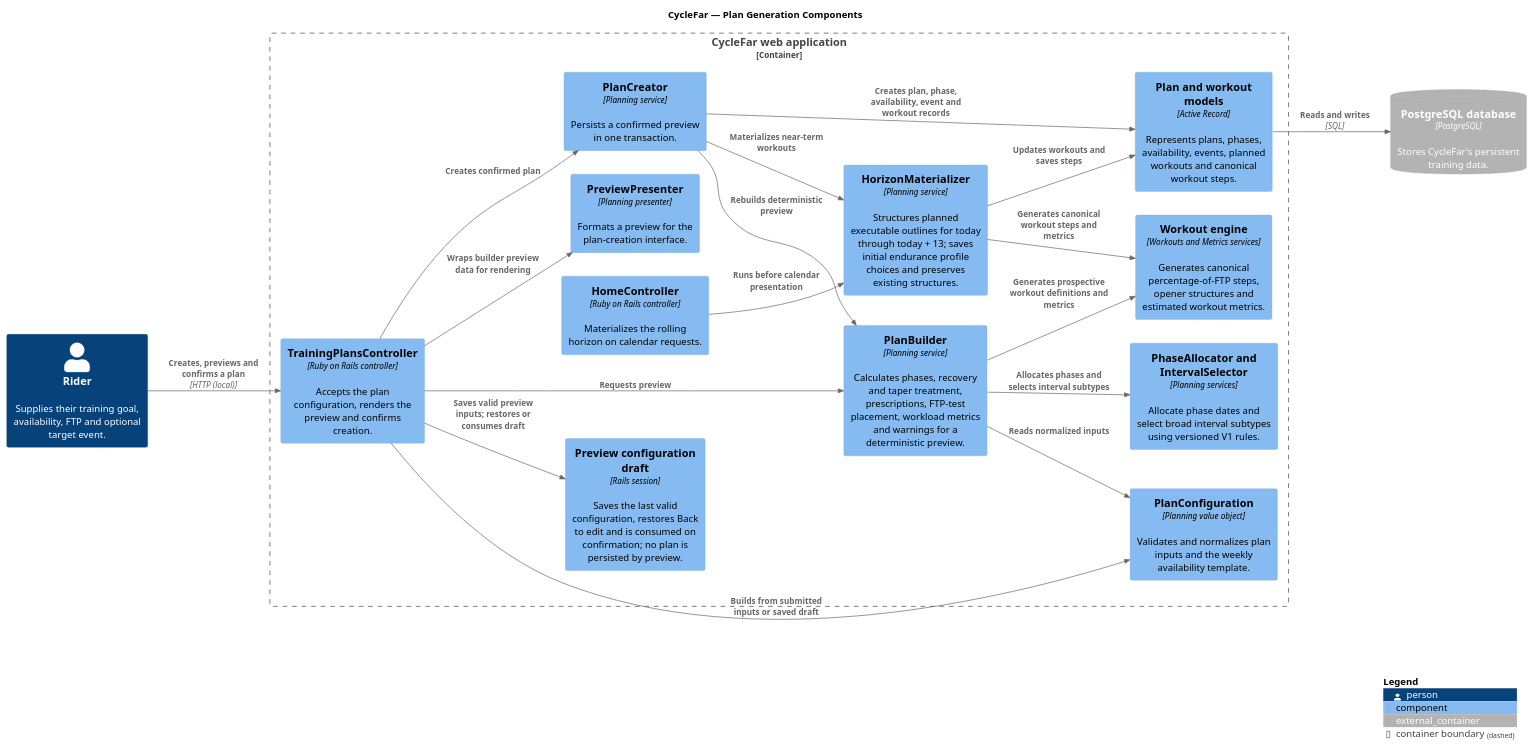
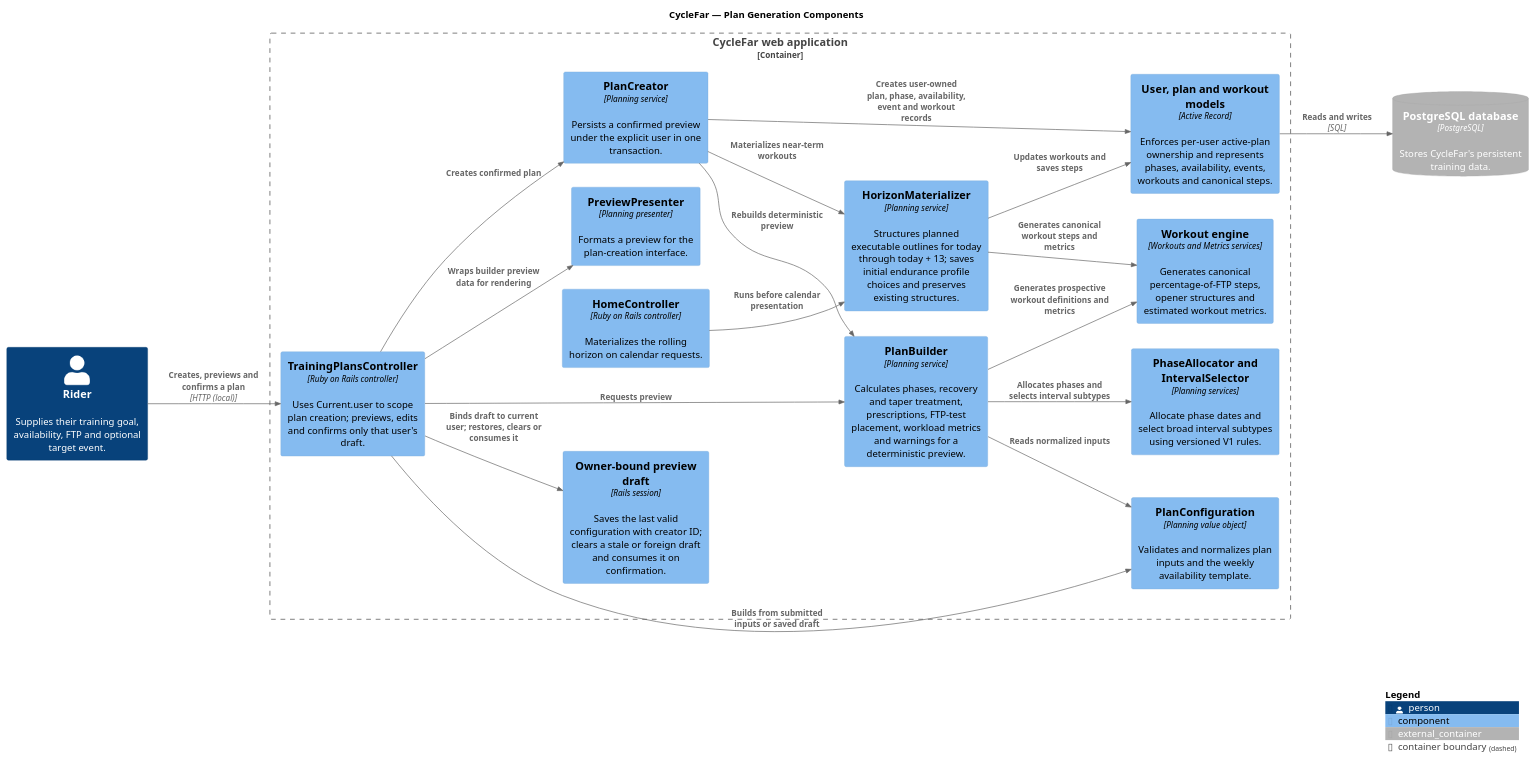
The diagram in docs/diagrams/cyclefar-plan-generation-components.puml (richardhartme/cyclefar), drawn with PlantUML before and after one commit. The commit also changed 18 other files, not shown here.

Commit message:
Refresh documentation and architecture diagrams

```diff
--- a/docs/diagrams/cyclefar-plan-generation-components.puml
+++ b/docs/diagrams/cyclefar-plan-generation-components.puml
@@ -1,44 +1,44 @@
 @startuml CycleFar Plan Generation Components
-' Reviewed against application source on 2026-09-25; scope and limitations: README.md
+' Ownership and preview isolation checked on 2026-09-28; scope and limitations: README.md
 !include https://raw.githubusercontent.com/plantuml-stdlib/C4-PlantUML/master/C4_Component.puml
 
 title CycleFar — Plan Generation Components
 
 LAYOUT_LEFT_RIGHT()
 
 Person(rider, "Rider", "Supplies their training goal, availability, FTP and optional target event.")
 ContainerDb_Ext(database, "PostgreSQL database", "PostgreSQL", "Stores CycleFar's persistent training data.")
 
 Container_Boundary(web_application, "CycleFar web application") {
-  Component(controller, "TrainingPlansController", "Ruby on Rails controller", "Accepts the plan configuration, renders the preview and confirms creation.")
-  Component(session, "Preview configuration draft", "Rails session", "Saves the last valid configuration, restores Back to edit and is consumed on confirmation; no plan is persisted by preview.")
+  Component(controller, "TrainingPlansController", "Ruby on Rails controller", "Uses Current.user to scope plan creation; previews, edits and confirms only that user's draft.")
+  Component(session, "Owner-bound preview draft", "Rails session", "Saves the last valid configuration with creator ID; clears a stale or foreign draft and consumes it on confirmation.")
   Component(home, "HomeController", "Ruby on Rails controller", "Materializes the rolling horizon on calendar requests.")
   Component(configuration, "PlanConfiguration", "Planning value object", "Validates and normalizes plan inputs and the weekly availability template.")
   Component(builder, "PlanBuilder", "Planning service", "Calculates phases, recovery and taper treatment, prescriptions, FTP-test placement, workload metrics and warnings for a deterministic preview.")
   Component(allocation, "PhaseAllocator and IntervalSelector", "Planning services", "Allocate phase dates and select broad interval subtypes using versioned V1 rules.")
   Component(presenter, "PreviewPresenter", "Planning presenter", "Formats a preview for the plan-creation interface.")
-  Component(creator, "PlanCreator", "Planning service", "Persists a confirmed preview in one transaction.")
+  Component(creator, "PlanCreator", "Planning service", "Persists a confirmed preview under the explicit user in one transaction.")
   Component(materializer, "HorizonMaterializer", "Planning service", "Structures planned executable outlines for today through today + 13; saves initial endurance profile choices and preserves existing structures.")
   Component(engine, "Workout engine", "Workouts and Metrics services", "Generates canonical percentage-of-FTP steps, opener structures and estimated workout metrics.")
-  Component(models, "Plan and workout models", "Active Record", "Represents plans, phases, availability, events, planned workouts and canonical workout steps.")
+  Component(models, "User, plan and workout models", "Active Record", "Enforces per-user active-plan ownership and represents phases, availability, events, workouts and canonical steps.")
 }
 
 Rel(rider, controller, "Creates, previews and confirms a plan", "HTTP (local)")
-Rel(controller, session, "Saves valid preview inputs; restores or consumes draft")
+Rel(controller, session, "Binds draft to current user; restores, clears or consumes it")
 Rel(controller, configuration, "Builds from submitted inputs or saved draft")
 Rel(home, materializer, "Runs before calendar presentation")
 Rel(builder, allocation, "Allocates phases and selects interval subtypes")
 Rel(controller, builder, "Requests preview")
 Rel(builder, configuration, "Reads normalized inputs")
 Rel(builder, engine, "Generates prospective workout definitions and metrics")
 Rel(controller, presenter, "Wraps builder preview data for rendering")
 Rel(controller, creator, "Creates confirmed plan")
 Rel(creator, builder, "Rebuilds deterministic preview")
-Rel(creator, models, "Creates plan, phase, availability, event and workout records")
+Rel(creator, models, "Creates user-owned plan, phase, availability, event and workout records")
 Rel(creator, materializer, "Materializes near-term workouts")
 Rel(materializer, engine, "Generates canonical workout steps and metrics")
 Rel(materializer, models, "Updates workouts and saves steps")
 Rel(models, database, "Reads and writes", "SQL")
 
 SHOW_LEGEND()
 @enduml
```
